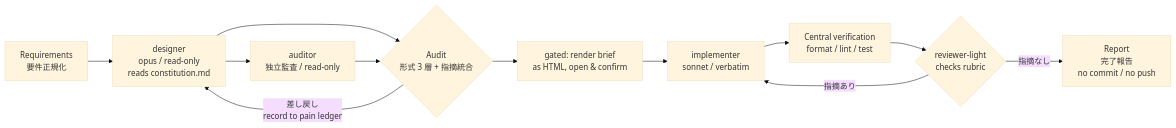
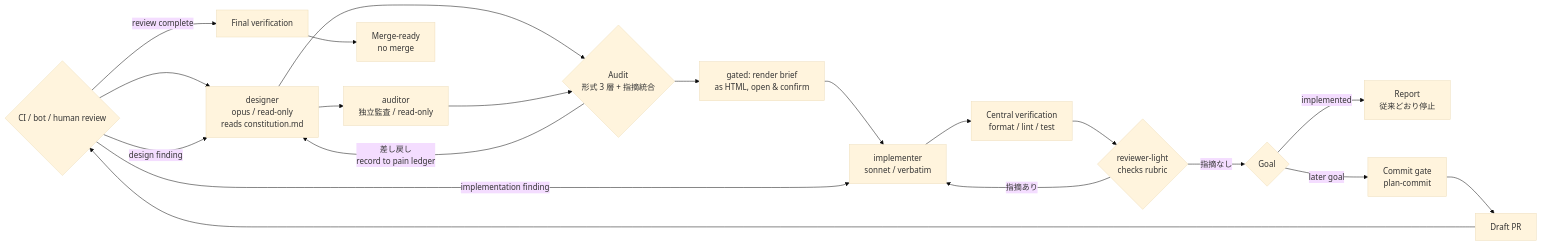
The diagram in README.md (kaionn/draftsmith), drawn with Mermaid (base theme) before and after one commit. The commit also changed other lines of this file and 12 other files, not shown here.

````diff
--- a/README.md
+++ b/README.md
@@ -7,14 +8,22 @@
 ```mermaid
 flowchart LR
     R[Requirements<br/>要件正規化] --> D[designer<br/>opus / read-only<br/>reads constitution.md]
     D --> AU[auditor<br/>独立監査 / read-only]
     D --> A{Audit<br/>形式 3 層 + 指摘統合}
     AU --> A
     A -- 差し戻し<br/>record to pain ledger --> D
     A --> G[gated: render brief<br/>as HTML, open & confirm]
     G --> I[implementer<br/>sonnet / verbatim]
     I --> V[Central verification<br/>format / lint / test]
     V --> L{reviewer-light<br/>checks rubric}
     L -- 指摘あり --> I
-    L -- 指摘なし --> F[Report<br/>完了報告<br/>no commit / no push]
+    L -- 指摘なし --> F{Goal}
+    F -- implemented --> STOP[Report<br/>従来どおり停止]
+    F -- later goal --> C[Commit gate<br/>plan-commit]
+    C --> P[Draft PR]
+    P --> R{CI / bot / human review}
+    R -- implementation finding --> I
+    R -- design finding --> D
+    R -- review complete --> FV[Final verification]
+    FV --> MR[Merge-ready<br/>no merge]
 ```
````
